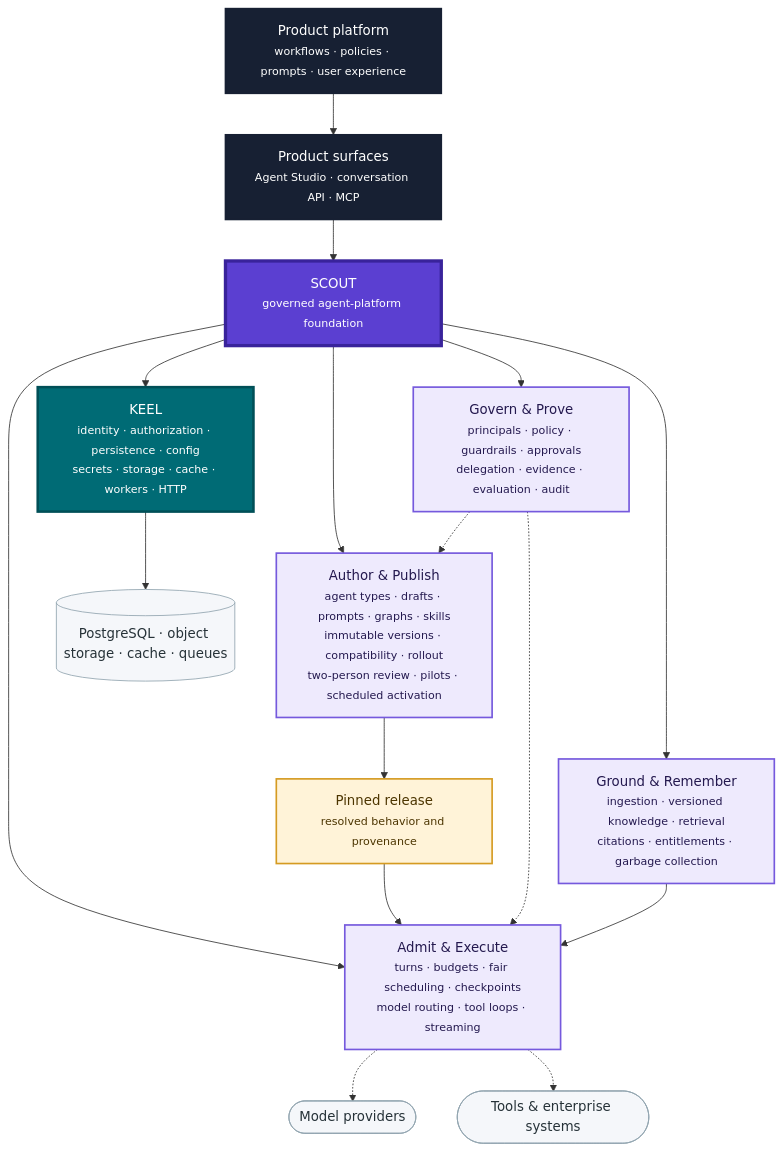
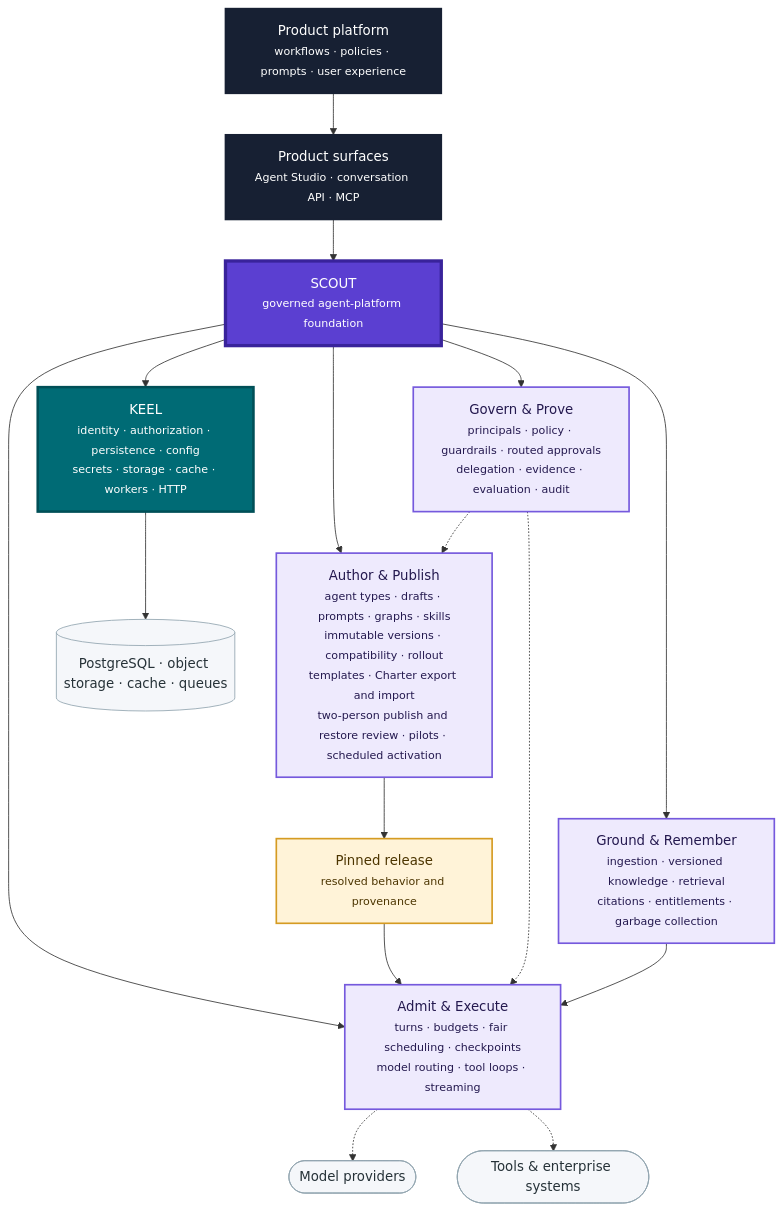
Before and after one commit to nauticana/scout: the diagram in README.md, drawn with Mermaid. The commit also changed other lines of this file and 271 other files, not shown here.

Commit message:
Budget periods, approval routing, restore reviews, evaluation limits and rubric judging, portability and templates

````diff
--- a/README.md
+++ b/README.md
@@ -7,37 +7,37 @@
 ```mermaid
 flowchart TB
     PRODUCT["Product platform<br/><small>workflows · policies · prompts · user experience</small>"]
     SURFACES["Product surfaces<br/><small>Agent Studio · conversation API · MCP</small>"]
     SCOUT["SCOUT<br/><small>governed agent-platform foundation</small>"]
 
     PRODUCT --> SURFACES --> SCOUT
 
-    SCOUT --> CONTROL["Author & Publish<br/><small>agent types · drafts · prompts · graphs · skills<br/>immutable versions · compatibility · rollout<br/>two-person review · pilots · scheduled activation</small>"]
+    SCOUT --> CONTROL["Author & Publish<br/><small>agent types · drafts · prompts · graphs · skills<br/>immutable versions · compatibility · rollout<br/>templates · Charter export and import<br/>two-person publish and restore review · pilots · scheduled activation</small>"]
     SCOUT --> RUNTIME["Admit & Execute<br/><small>turns · budgets · fair scheduling · checkpoints<br/>model routing · tool loops · streaming</small>"]
-    SCOUT --> GOVERN["Govern & Prove<br/><small>principals · policy · guardrails · approvals<br/>delegation · evidence · evaluation · audit</small>"]
+    SCOUT --> GOVERN["Govern & Prove<br/><small>principals · policy · guardrails · routed approvals<br/>delegation · evidence · evaluation · audit</small>"]
     SCOUT --> KNOWLEDGE["Ground & Remember<br/><small>ingestion · versioned knowledge · retrieval<br/>citations · entitlements · garbage collection</small>"]
 
     CONTROL --> RELEASE["Pinned release<br/><small>resolved behavior and provenance</small>"]
     RELEASE --> RUNTIME
     GOVERN -.-> CONTROL
     GOVERN -.-> RUNTIME
     KNOWLEDGE --> RUNTIME
 
     RUNTIME -.-> MODELS(["Model providers"])
     RUNTIME -.-> TOOLS(["Tools & enterprise systems"])
     SCOUT --> KEEL["KEEL<br/><small>identity · authorization · persistence · config<br/>secrets · storage · cache · workers · HTTP</small>"]
     KEEL --> STATE[("PostgreSQL · object storage · cache · queues")]
 
     classDef product fill:#172033,color:#ffffff,stroke:#172033,stroke-width:2px
     classDef scout fill:#5b3fd1,color:#ffffff,stroke:#39239b,stroke-width:4px
     classDef capability fill:#eeeafd,color:#24194f,stroke:#7559dd,stroke-width:2px
     classDef release fill:#fff3d8,color:#4c3500,stroke:#d59b22,stroke-width:2px
     classDef keel fill:#006b75,color:#ffffff,stroke:#004f57,stroke-width:3px
     classDef adapter fill:#f5f7fa,color:#263238,stroke:#90a4ae,stroke-width:1px
     class PRODUCT,SURFACES product
     class SCOUT scout
     class CONTROL,RUNTIME,GOVERN,KNOWLEDGE capability
     class RELEASE release
     class KEEL keel
     class MODELS,TOOLS,STATE adapter
 ```
````
